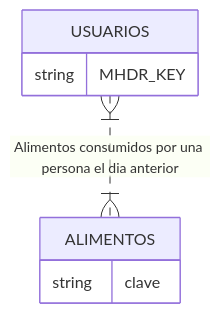
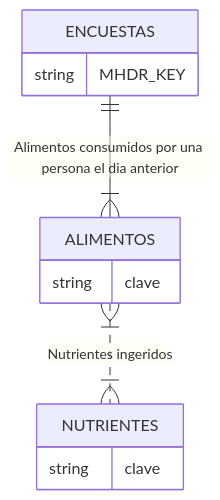
One commit to arielmpereira/ennys2 changed the diagram in informe.md. Above: the diagram before and after it, drawn with Mermaid. The commit also changed other lines of this file, not shown here.

Commit message:
Estructura db

````diff
--- a/informe.md
+++ b/informe.md
@@ -2,10 +3,14 @@
 ```mermaid
     erDiagram
-        USUARIOS {
+        ENCUESTAS {
             string MHDR_KEY
         }
         ALIMENTOS {
             string clave
         }
-        USUARIOS}|..|{ALIMENTOS: "Alimentos consumidos por una persona el dia anterior"
+        NUTRIENTES {
+            string clave
+        }
+        ENCUESTAS||--|{ALIMENTOS: "Alimentos consumidos por una persona el dia anterior"
+        ALIMENTOS}|..|{NUTRIENTES: "Nutrientes ingeridos"
 ```
````
